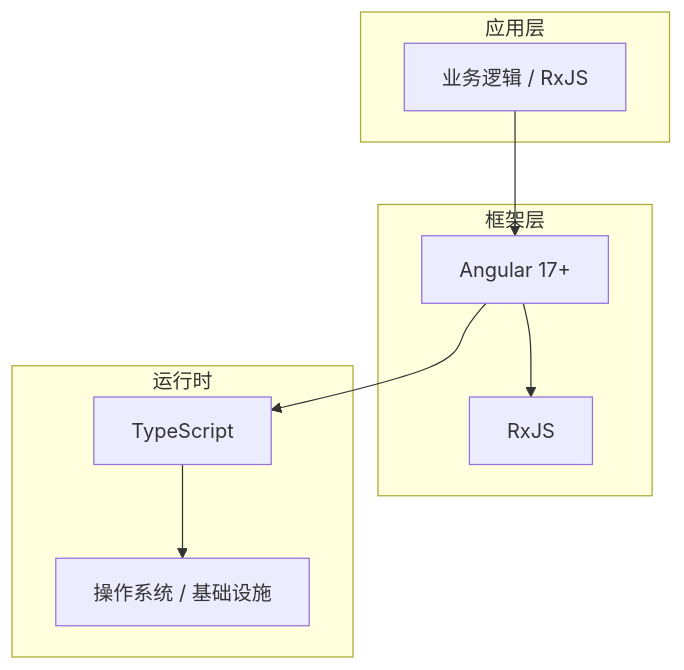
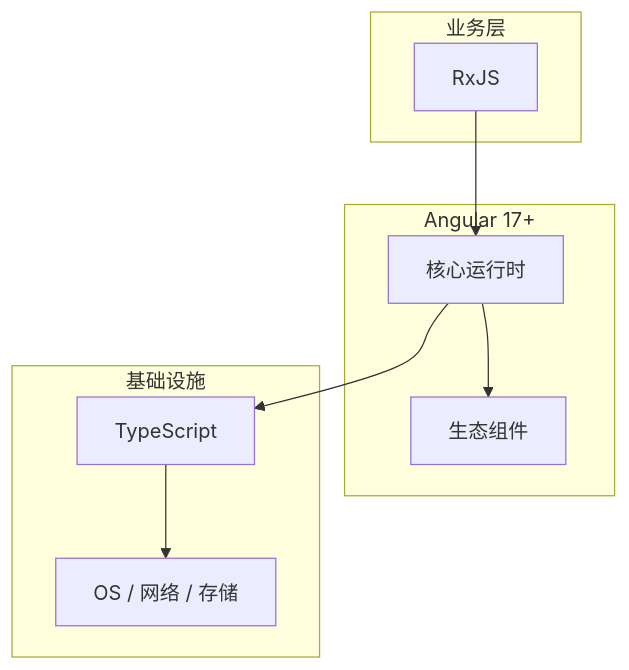
Before and after one commit to yanggan2015/knowledge-json-v2: the diagram in articles/Angular/chapters/056-RxJS核心概念与原理.md, drawn with Mermaid. The commit also changed other lines of this file and 10127 other files, not shown here.

````diff
--- a/articles/Angular/chapters/056-RxJS核心概念与原理.md
+++ b/articles/Angular/chapters/056-RxJS核心概念与原理.md
@@ -45,18 +34,18 @@
 ```mermaid
 graph TB
-    subgraph 应用层
-        A[业务逻辑 / RxJS]
+    subgraph 业务层
+        A[RxJS]
     end
-    subgraph 框架层
-        B[Angular 17+]
-        C[RxJS]
+    subgraph Angular 17+
+        B[核心运行时]
+        C[生态组件]
     end
-    subgraph 运行时
+    subgraph 基础设施
         D[TypeScript]
-        E[操作系统 / 基础设施]
+        E[OS / 网络 / 存储]
     end
     A --> B
     B --> C
     B --> D
     D --> E
 ```
````
